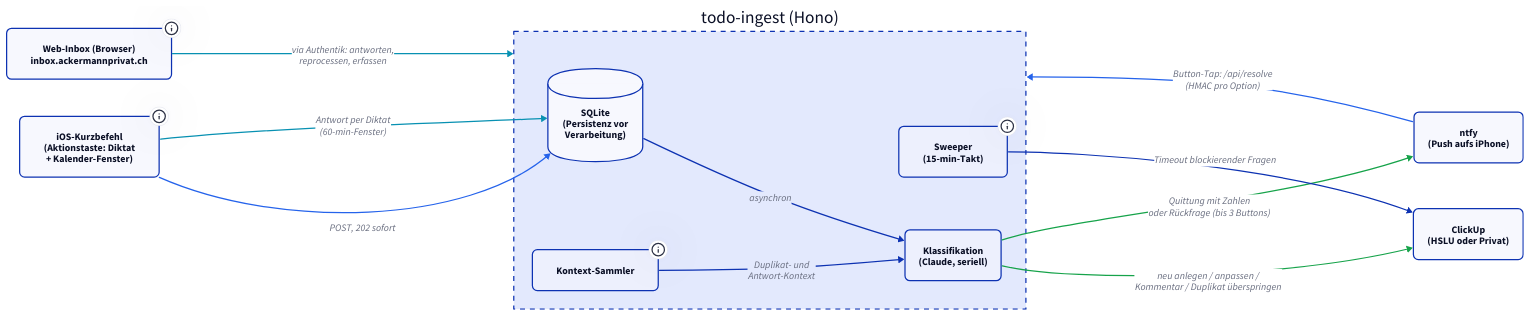
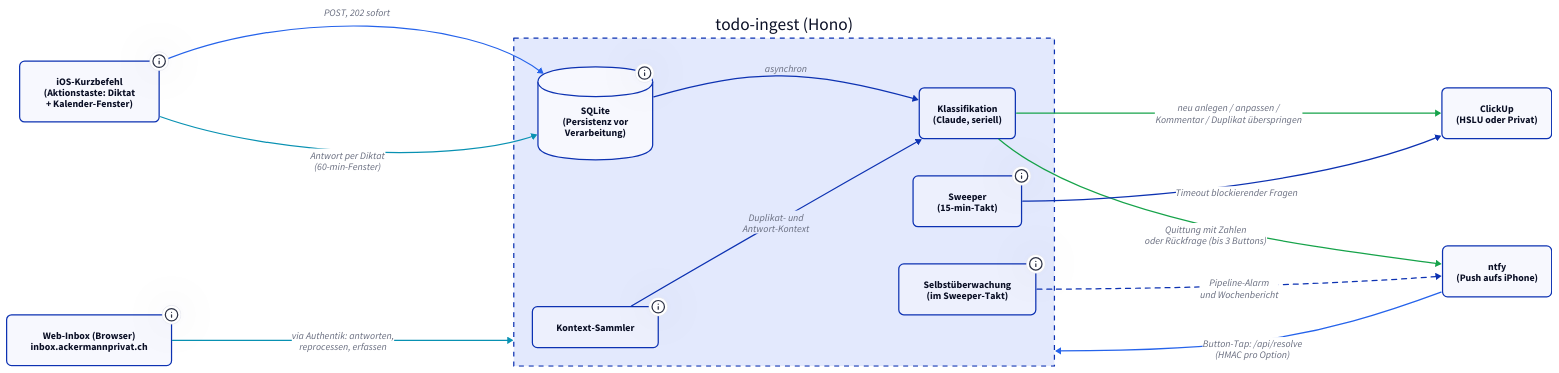
The diagram in docs/dienste/todo-ingest/index.md (derever-labs/homelab-wiki), drawn with D2 before and after one commit. The commit also changed other lines of this file and 1 other file, not shown here.

Commit message:
docs(todo-ingest): Welle 2 Ehrliche Ausgaenge nachfuehren

````diff
--- a/docs/dienste/todo-ingest/index.md
+++ b/docs/dienste/todo-ingest/index.md
@@ -37,43 +39,52 @@
 ```d2
 classes: {
   node: { style: { border-radius: 8 } }
 }
 
 direction: right
 
 Shortcut: "iOS-Kurzbefehl\n(Aktionstaste: Diktat\n+ Kalender-Fenster)" {
   class: node
   tooltip: "Das Diktat-Fenster reicht 14 Tage zurück und 60 Tage voraus, weil oft nach einem Termin diktiert wird"
 }
 
 Ingest: "todo-ingest (Hono)" {
   style.stroke-dash: 4
-  DB: "SQLite\n(Persistenz vor\nVerarbeitung)" { shape: cylinder; class: node }
+  DB: "SQLite\n(Persistenz vor\nVerarbeitung)" {
+    shape: cylinder
+    class: node
+    tooltip: "Rohtext vor der Verarbeitung, offene Rückfragen, Kalender-Ereignisse, Verlauf je Aufgabe und die Quittungs-Outbox -- jede Quittung liegt vor dem Sendeversuch in der Datenbank"
+  }
   CTX: "Kontext-Sammler" {
     class: node
     tooltip: "Offene Tasks beider Ziel-Listen, soeben angelegte Tasks (24h), offene Rückfragen (60 min) und mitgeschickte Termine -- als Daten deklariert (Injection-Härtung)"
   }
   AI: "Klassifikation\n(Claude, seriell)" { class: node }
   SWEEP: "Sweeper\n(15-min-Takt)" {
     class: node
-    tooltip: "Blockierende Rückfragen laufen nach 4 h in die Privat-Liste (Tag zuordnung-unklar), anreichernde verfallen nach 7 Tagen und melden das per Push"
+    tooltip: "Blockierende Rückfragen laufen nach 4 h in die Privat-Liste (Tag zuordnung-unklar), anreichernde verfallen nach 7 Tagen und melden das per Push. Derselbe Takt liefert unzugestellte Quittungen nach"
+  }
+  WD: "Selbstüberwachung\n(im Sweeper-Takt)" {
+    class: node
+    tooltip: "Vier deterministische Pipeline-Signale: hängendes Diktat, überfällige Rückfrage trotz Sweeper, unzustellbare Quittung, Fehlerquote. Nie ein Alarm auf den Diktat-Rhythmus. Dazu montags ein Wochenbericht ohne Alarm-Charakter"
   }
 }
 
 ClickUp: "ClickUp\n(HSLU oder Privat)" { class: node }
 Ntfy: "ntfy\n(Push aufs iPhone)" { class: node }
 Inbox: "Web-Inbox (Browser)\ninbox.ackermannprivat.ch" {
   class: node
   tooltip: "Eigener Host, nur hinter Authentik (Gruppe admin). Zeigt offene Rückfragen, zuletzt erstellte Tasks und die Diktat-Historie. Antworten, Anpassen und Reprocess laufen über HMAC-signierte Aktionen, Text-Erfassung über dieselbe Pipeline wie das Diktat"
 }
 
 Shortcut -> Ingest.DB: "POST, 202 sofort" { style.stroke: "#2563eb" }
 Ingest.DB -> Ingest.AI: "asynchron"
 Ingest.CTX -> Ingest.AI: "Duplikat- und\nAntwort-Kontext"
 Ingest.AI -> ClickUp: "neu anlegen / anpassen /\nKommentar / Duplikat überspringen" { style.stroke: "#16a34a" }
 Ingest.AI -> Ntfy: "Quittung mit Zahlen\noder Rückfrage (bis 3 Buttons)" { style.stroke: "#16a34a" }
 Ntfy -> Ingest: "Button-Tap: /api/resolve\n(HMAC pro Option)" { style.stroke: "#2563eb" }
 Shortcut -> Ingest.DB: "Antwort per Diktat\n(60-min-Fenster)" { style.stroke: "#0891b2" }
 Inbox -> Ingest: "via Authentik: antworten,\nreprocessen, erfassen" { style.stroke: "#0891b2" }
 Ingest.SWEEP -> ClickUp: "Timeout blockierender Fragen"
+Ingest.WD -> Ntfy: "Pipeline-Alarm\nund Wochenbericht" { style.stroke-dash: 4 }
 ```
````
